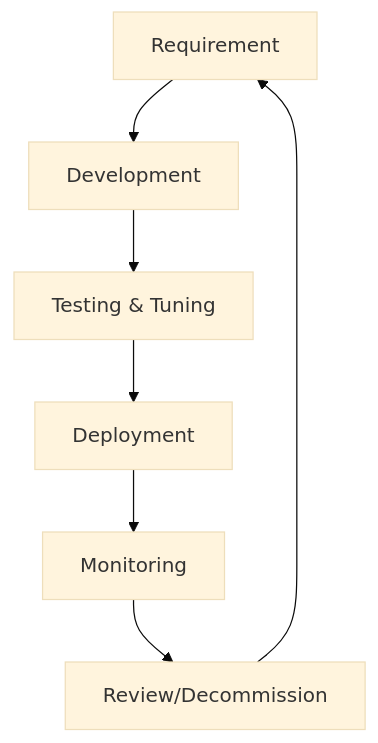
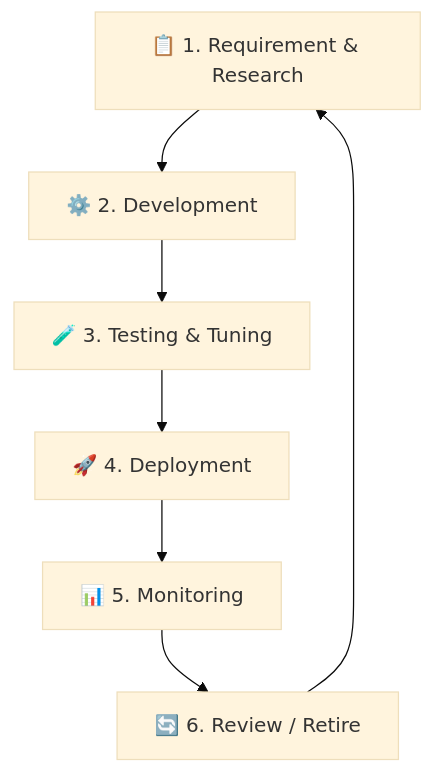
One commit to nutthakorn7/SOC-SOP changed the diagram in 03_User_Guides/Content_Management.en.md. Above: the diagram before and after it, drawn with Mermaid (base theme). The commit also changed other lines of this file and 5 other files, not shown here.

````diff
--- a/03_User_Guides/Content_Management.en.md
+++ b/03_User_Guides/Content_Management.en.md
@@ -7,9 +9,9 @@
 ```mermaid
 graph TD
-    Req[Requirement] --> Dev[Development]
-    Dev --> Test[Testing & Tuning]
-    Test --> Deploy[Deployment]
-    Deploy --> Monitor[Monitoring]
-    Monitor --> Review[Review/Decommission]
+    Req["📋 1. Requirement & Research"] --> Dev["⚙️ 2. Development"]
+    Dev --> Test["🧪 3. Testing & Tuning"]
+    Test --> Deploy["🚀 4. Deployment"]
+    Deploy --> Monitor["📊 5. Monitoring"]
+    Monitor --> Review["🔄 6. Review / Retire"]
     Review --> Req
 ```
````
